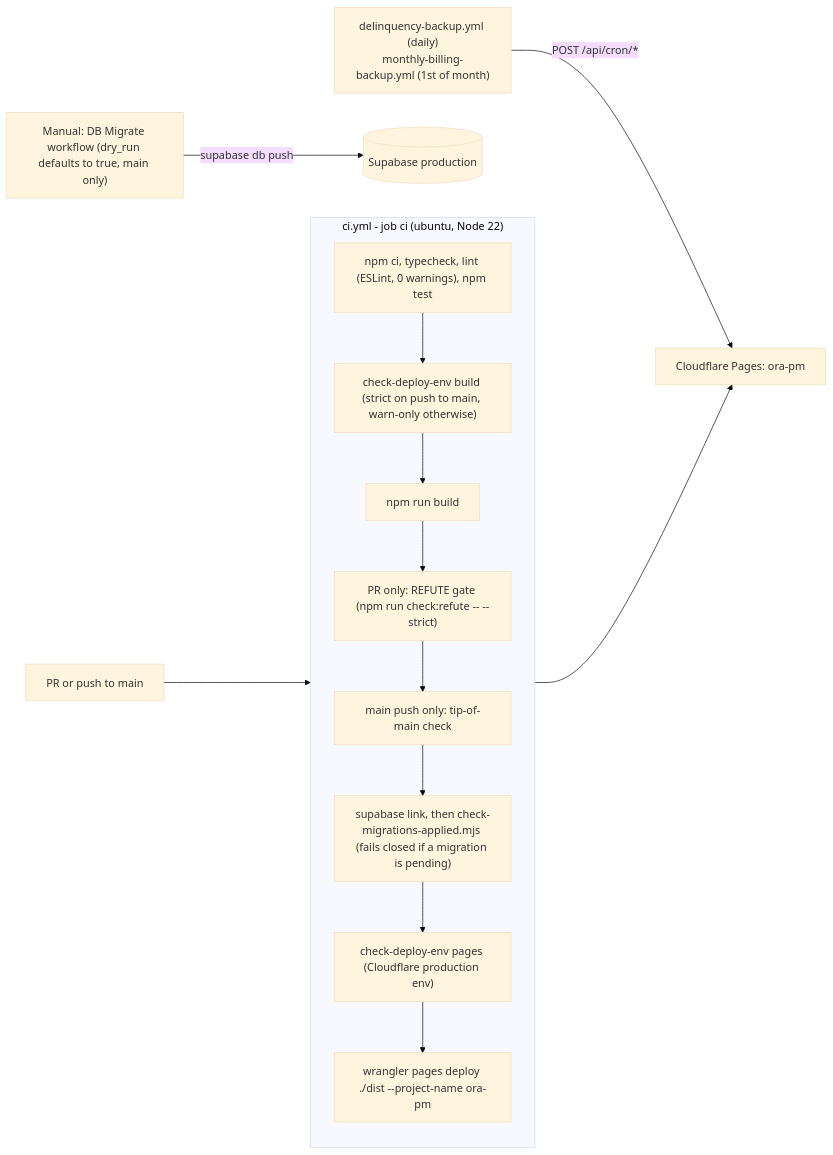
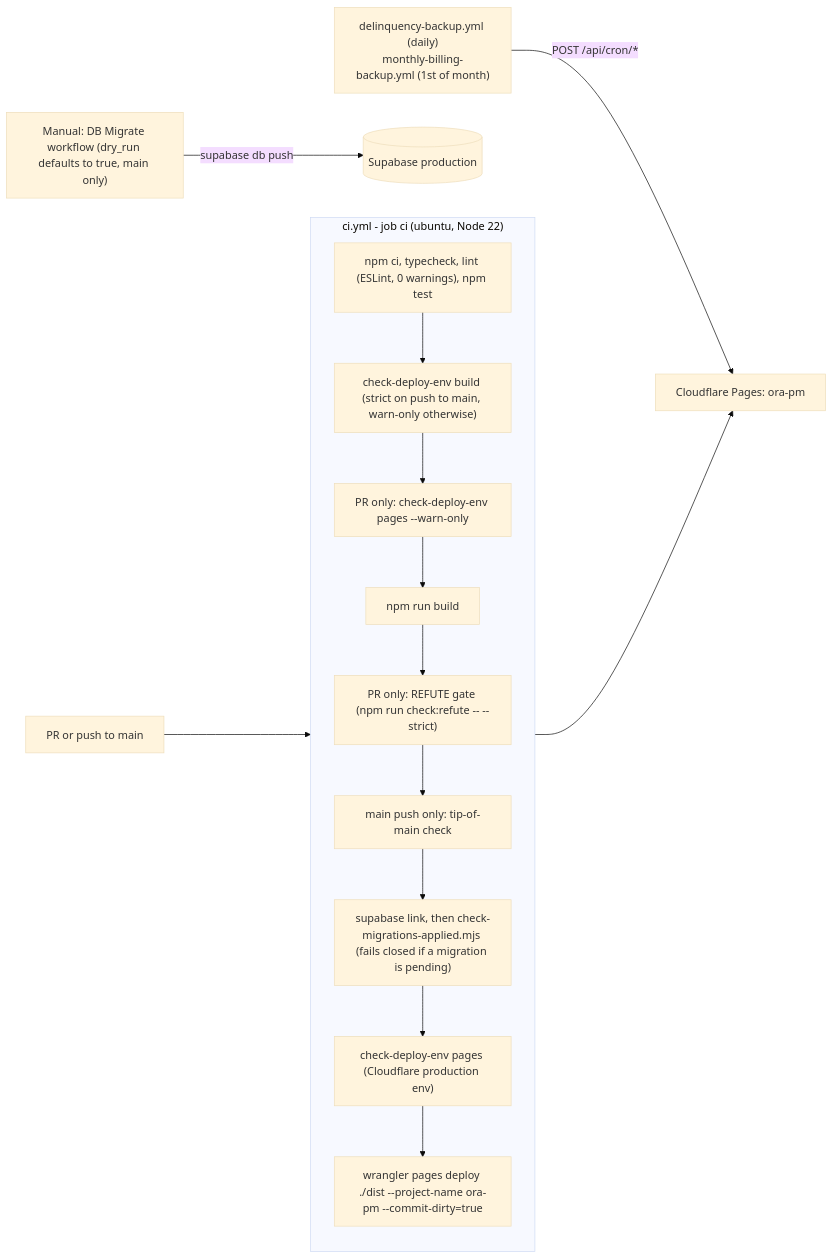
One commit to ZeOoba/ora-pm changed the fourth of 4 diagrams in README.md. Above: the diagram before and after it, drawn with Mermaid (base theme). The commit also changed other lines of this file, not shown here.

First line of the commit message:
docs(diagrams): refresh diagrams and counts against current code (2026-10-28)

````diff
--- a/README.md
+++ b/README.md
@@ -110,17 +110,17 @@
 ```mermaid
 flowchart LR
     Dev["PR or push to main"] --> A
     subgraph CI["ci.yml - job ci (ubuntu, Node 22)"]
         direction TB
         A["npm ci, typecheck, lint (ESLint, 0 warnings), npm test"] --> B["check-deploy-env build (strict on push to main, warn-only otherwise)"]
-        B --> C["npm run build"]
+        B --> B2["PR only: check-deploy-env pages --warn-only"] --> C["npm run build"]
         C --> D["PR only: REFUTE gate (npm run check:refute -- --strict)"]
         D --> E["main push only: tip-of-main check"]
         E --> F["supabase link, then check-migrations-applied.mjs (fails closed if a migration is pending)"]
         F --> G["check-deploy-env pages (Cloudflare production env)"]
-        G --> H["wrangler pages deploy ./dist --project-name ora-pm"]
+        G --> H["wrangler pages deploy ./dist --project-name ora-pm --commit-dirty=true"]
     end
     Man["Manual: DB Migrate workflow (dry_run defaults to true, main only)"] -- "supabase db push" --> PG[("Supabase production")]
     H --> Pages["Cloudflare Pages: ora-pm"]
     Cronwf["delinquency-backup.yml (daily)\nmonthly-billing-backup.yml (1st of month)"] -- "POST /api/cron/*" --> Pages
 ```
````
